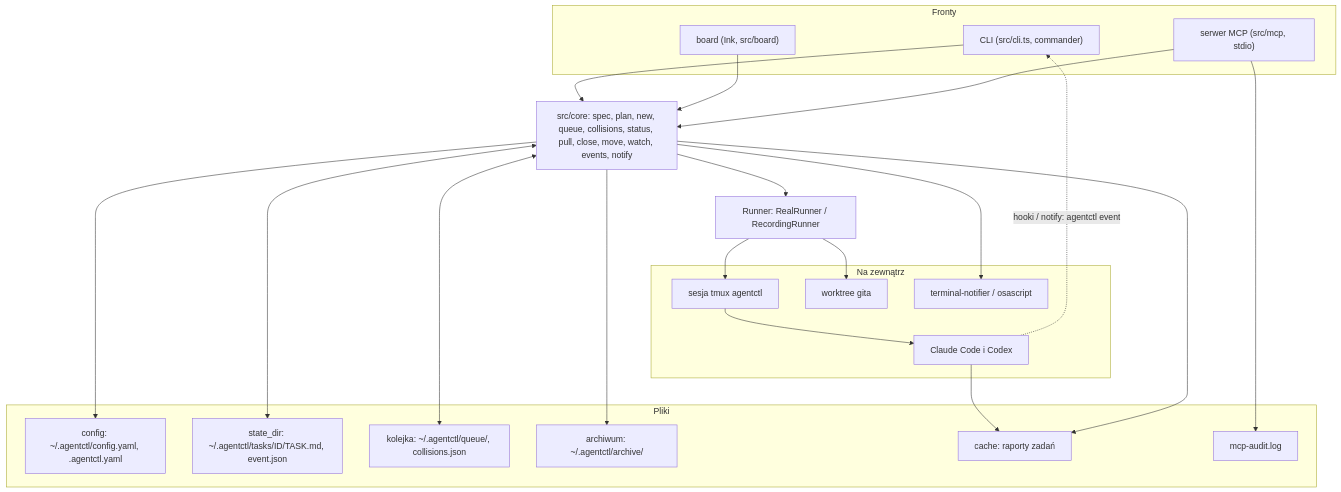
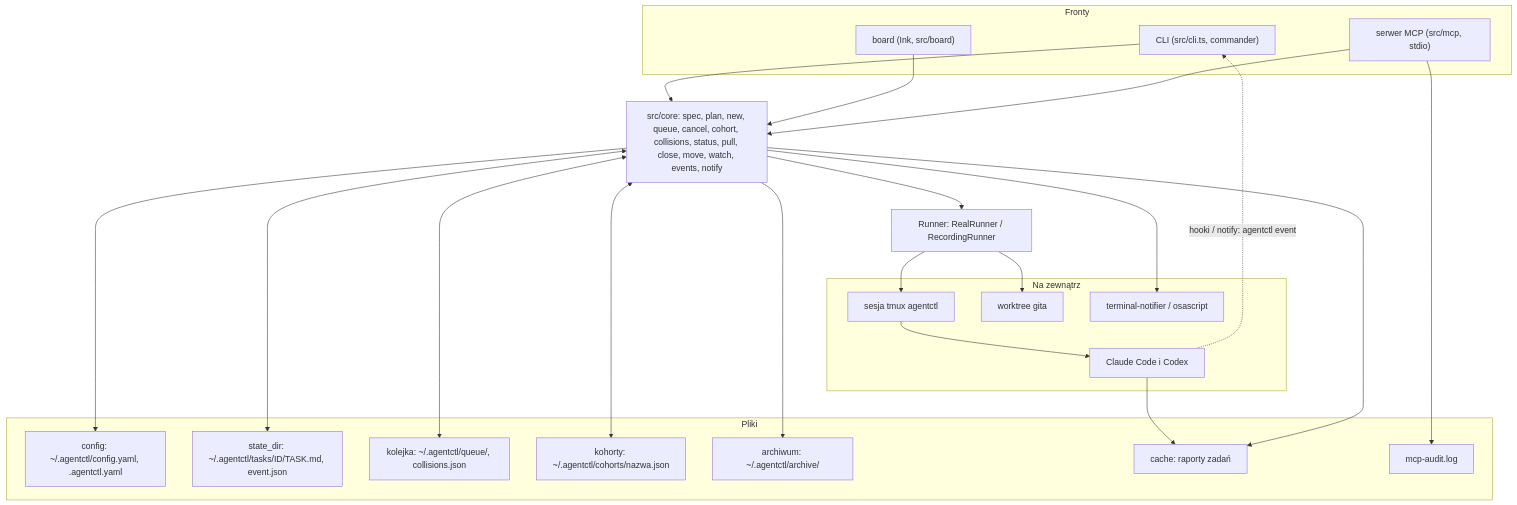
The second of 3 diagrams in README.pl.md (Setech-pl/agentctl), drawn with Mermaid before and after one commit. The commit also changed other lines of this file and 6 other files, not shown here.

Commit message:
Documentation for 0.10.0: Cancelling tasks and Cohorts in both READMEs, details, configuration, MCP update notes, diagrams with cancelled, blocked and cohorts, CHANGELOG, version 0.10.0

````diff
--- a/README.pl.md
+++ b/README.pl.md
@@ -80,40 +88,42 @@
 ```mermaid
 flowchart TB
     subgraph fronts [Fronty]
         CLI["CLI (src/cli.ts, commander)"]
         BOARD["board (Ink, src/board)"]
         MCP["serwer MCP (src/mcp, stdio)"]
     end
-    CORE["src/core: spec, plan, new, queue, collisions, status, pull, close, move, watch, events, notify"]
+    CORE["src/core: spec, plan, new, queue, cancel, cohort, collisions, status, pull, close, move, watch, events, notify"]
     RUN["Runner: RealRunner / RecordingRunner"]
     subgraph world [Na zewnątrz]
         TMUX[sesja tmux agentctl]
         GIT[worktree gita]
         AG[Claude Code i Codex]
         NOTE[terminal-notifier / osascript]
     end
     subgraph disk [Pliki]
         CFG["config: ~/.agentctl/config.yaml, .agentctl.yaml"]
         STATE["state_dir: ~/.agentctl/tasks/ID/TASK.md, event.json"]
         QUEUE["kolejka: ~/.agentctl/queue/, collisions.json"]
+        COH["kohorty: ~/.agentctl/cohorts/nazwa.json"]
         ARCH["archiwum: ~/.agentctl/archive/"]
         REP["cache: raporty zadań"]
         AUDIT["mcp-audit.log"]
     end
     CLI --> CORE
     BOARD --> CORE
     MCP --> CORE
     CORE --> RUN
     RUN --> TMUX
     RUN --> GIT
     TMUX --> AG
     AG -. "hooki / notify: agentctl event" .-> CLI
     CORE --> NOTE
     CORE <--> STATE
     CORE <--> QUEUE
+    CORE <--> COH
     CORE --> ARCH
     CORE --> CFG
     AG --> REP
     CORE --> REP
     MCP --> AUDIT
 ```
````
